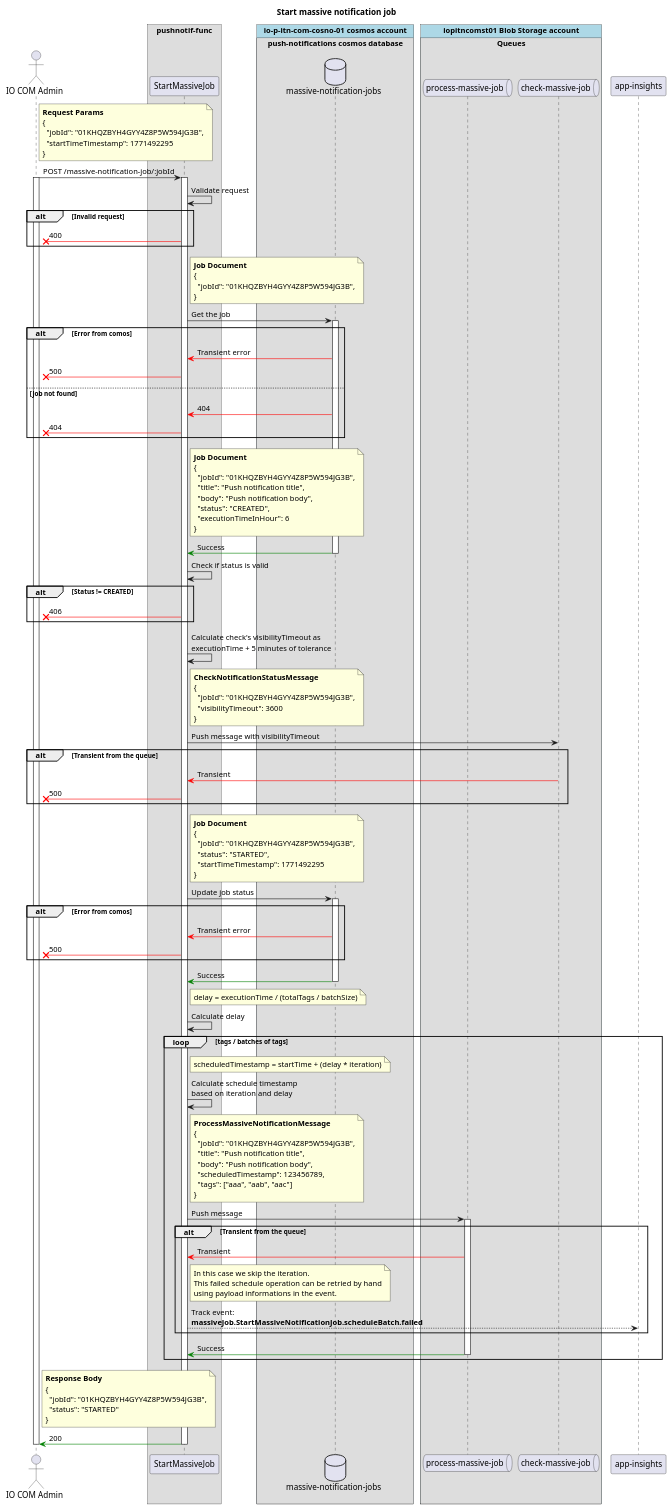
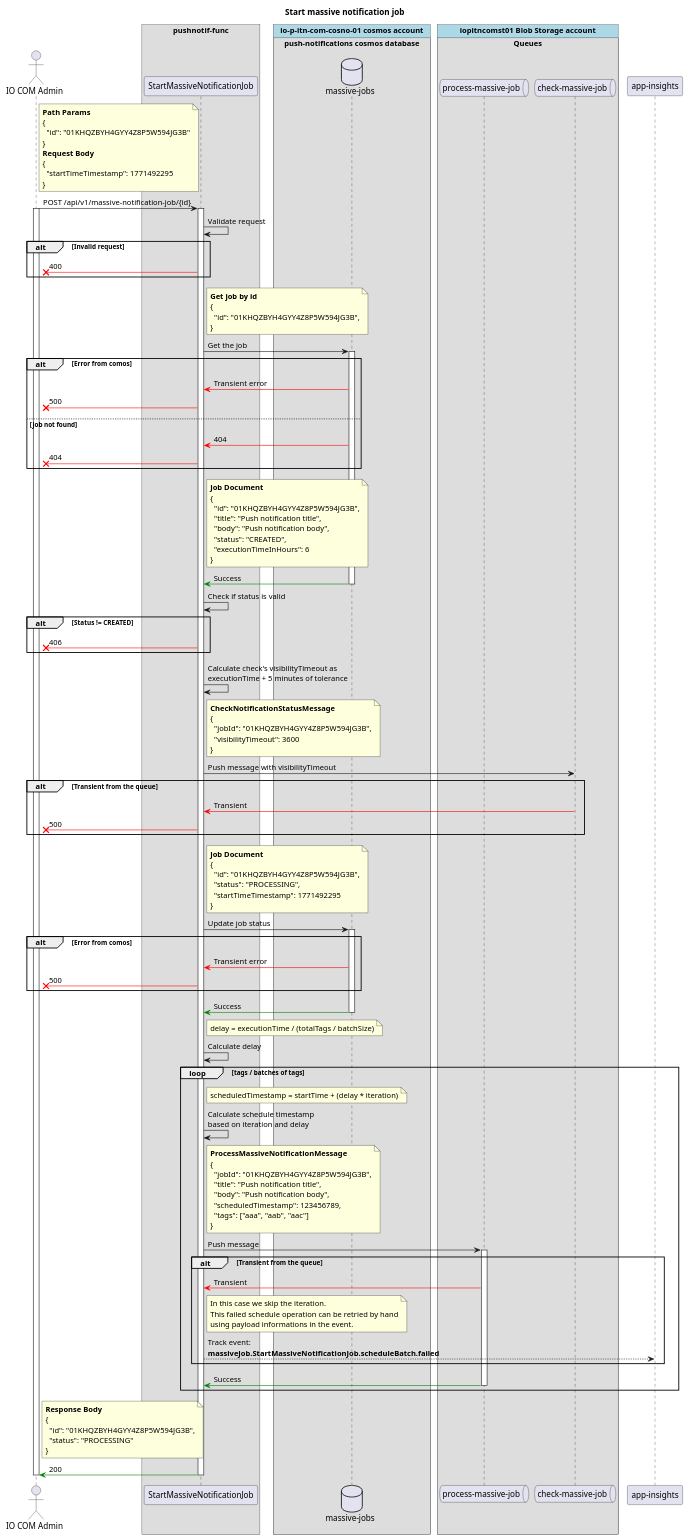
The diagram in apps/pushnotif-func/docs/puml/start-massive-job.puml (pagopa/io-messages), drawn with PlantUML before and after one commit. The commit also changed 12 other files, not shown here.

Commit message:
Update documentation diagrams

```diff
--- a/apps/pushnotif-func/docs/puml/start-massive-job.puml
+++ b/apps/pushnotif-func/docs/puml/start-massive-job.puml
@@ -1,172 +1,175 @@
 @startuml
 
 title "Start massive notification job"
 
 actor "IO COM Admin" as admin
 
 box "pushnotif-func"
-  participant "StartMassiveJob" as httpfunc
+  participant "StartMassiveNotificationJob" as httpfunc
 end box
 
 !pragma teoz true
 box "io-p-itn-com-cosno-01 cosmos account" #LightBlue
   box "push-notifications cosmos database"
-    database "massive-notification-jobs" as mnj
+    database "massive-jobs" as mnj
   end box
 end box
 
 box "iopitncomst01 Blob Storage account" #LightBlue
   box "Queues"
     queue "process-massive-job" as smq
     queue "check-massive-job" as cjmq
   end box
 end box
 
 participant "app-insights" as ai
 
 note right of admin
-  **Request Params**
+  **Path Params**
   {
-    "jobId": "01KHQZBYH4GYY4Z8P5W594JG3B",
+    "id": "01KHQZBYH4GYY4Z8P5W594JG3B"
+  }
+  **Request Body**
+  {
     "startTimeTimestamp": 1771492295
   }
 end note
-admin -> httpfunc : POST /massive-notification-job/:jobId
+admin -> httpfunc : POST /api/v1/massive-notification-job/{id}
 activate admin
 activate httpfunc
 
 httpfunc -> httpfunc : Validate request
 
 alt Invalid request
   httpfunc -[#red]x admin : 400
 end
 
 note right of httpfunc
-  **Job Document**
+  **Get job by id**
   {
-    "jobId": "01KHQZBYH4GYY4Z8P5W594JG3B",
+    "id": "01KHQZBYH4GYY4Z8P5W594JG3B",
   }
 end note
 httpfunc -> mnj : Get the job
 activate mnj
 
 alt Error from comos
   mnj -[#red]> httpfunc : Transient error
   httpfunc -[#red]x admin : 500
 else Job not found
   mnj -[#red]> httpfunc : 404
   httpfunc -[#red]x admin : 404
 end
 
 
 note right of httpfunc
   **Job Document**
   {
-    "jobId": "01KHQZBYH4GYY4Z8P5W594JG3B",
+    "id": "01KHQZBYH4GYY4Z8P5W594JG3B",
     "title": "Push notification title",
     "body": "Push notification body",
     "status": "CREATED",
-    "executionTimeInHour": 6
+    "executionTimeInHours": 6
   }
 end note
 mnj -[#green]> httpfunc : Success
 deactivate mnj
 
 httpfunc -> httpfunc : Check if status is valid
 alt Status != CREATED
   httpfunc -[#red]x admin : 406
 end
 
 httpfunc -> httpfunc : Calculate check's visibilityTimeout as\nexecutionTime + 5 minutes of tolerance
 note right of httpfunc
   **CheckNotificationStatusMessage**
   {
     "jobId": "01KHQZBYH4GYY4Z8P5W594JG3B",
     "visibilityTimeout": 3600
   }
 end note
 httpfunc -> cjmq : Push message with visibilityTimeout
 alt Transient from the queue
   cjmq -[#red]> httpfunc : Transient
   httpfunc -[#red]x admin : 500
 end
 
 note right of httpfunc
   **Job Document**
   {
-    "jobId": "01KHQZBYH4GYY4Z8P5W594JG3B",
-    "status": "STARTED",
+    "id": "01KHQZBYH4GYY4Z8P5W594JG3B",
+    "status": "PROCESSING",
     "startTimeTimestamp": 1771492295
   }
 end note
 httpfunc -> mnj : Update job status
 activate mnj
 
 /'
 '  totalTags: Total number of tags. (fixed at function level)
 '  groupSize: Number of tags per batch. (fixed at function level)
 '  executionTime: Delta between the first and the last notification sent, in seconds.
 '
 '  delay: Delta between the first and the last notification sent.
 '
 '  delay = executionTime / (totalTags / groupSize)
 ' '/
 
 alt Error from comos
   mnj -[#red]> httpfunc : Transient error
   httpfunc -[#red]x admin : 500
 end
 
 mnj -[#green]> httpfunc : Success
 deactivate mnj
 
 note right of httpfunc
   delay = executionTime / (totalTags / batchSize)
 end note
 httpfunc -> httpfunc : Calculate delay
 loop tags / batches of tags
   note right of httpfunc
     scheduledTimestamp = startTime + (delay * iteration)
   end note
   httpfunc -> httpfunc : Calculate schedule timestamp\nbased on iteration and delay
   note right of httpfunc
     **ProcessMassiveNotificationMessage**
     {
       "jobId": "01KHQZBYH4GYY4Z8P5W594JG3B",
       "title": "Push notification title",
       "body": "Push notification body",
       "scheduledTimestamp": 123456789,
       "tags": ["aaa", "aab", "aac"]
     }
   end note
 
   httpfunc -> smq : Push message
   activate smq
   alt Transient from the queue
     smq -[#red]> httpfunc : Transient
     note right of httpfunc
       In this case we skip the iteration.
       This failed schedule operation can be retried by hand
       using payload informations in the event.
     end note
     httpfunc --> ai : Track event:\n**massiveJob.StartMassiveNotificationJob.scheduleBatch.failed**
   end
 
   smq -[#green]> httpfunc : Success
 
   deactivate smq
 end
 
 note right of admin
   **Response Body**
   {
-    "jobId": "01KHQZBYH4GYY4Z8P5W594JG3B",
-    "status": "STARTED"
+    "id": "01KHQZBYH4GYY4Z8P5W594JG3B",
+    "status": "PROCESSING"
   }
 end note
 httpfunc -[#green]> admin : 200
 
 deactivate httpfunc
 deactivate admin
 
 @enduml
```
